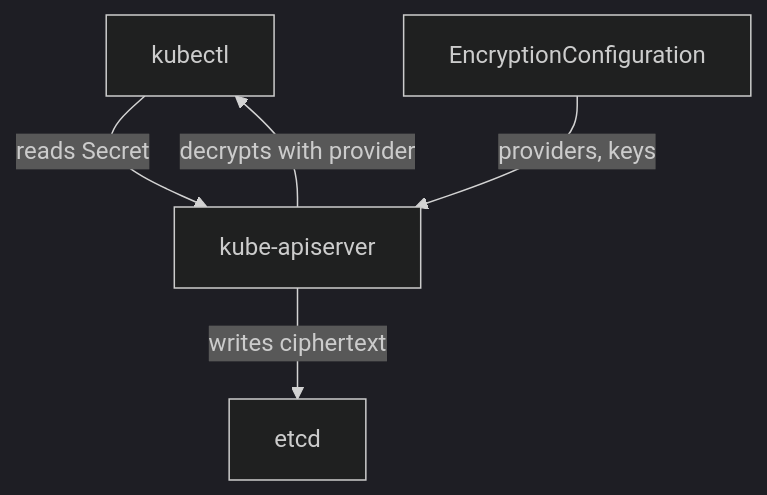
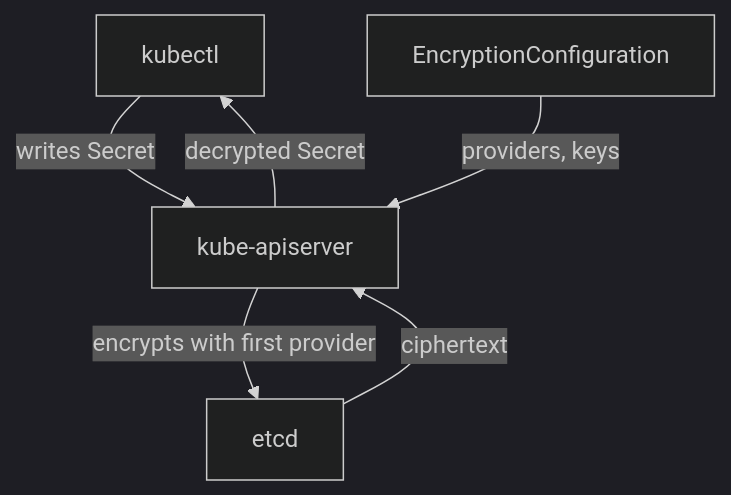
The diagram in sections/section-020/module-01/course-04-encryption-at-rest.md (astrona-io/ATS034), drawn with Mermaid (dark theme) before and after one commit. The commit also changed other lines of this file and 1006 other files, not shown here.

````diff
--- a/sections/section-020/module-01/course-04-encryption-at-rest.md
+++ b/sections/section-020/module-01/course-04-encryption-at-rest.md
@@ -75,7 +168,8 @@
 ```mermaid
 flowchart TB
-  K["kubectl"] -->|"reads Secret"| A["kube-apiserver"]
-  A -->|"decrypts with provider"| K
-  A -->|"writes ciphertext"| E["etcd"]
+  K["kubectl"] -->|"writes Secret"| A["kube-apiserver"]
   C["EncryptionConfiguration"] -->|"providers, keys"| A
+  A -->|"encrypts with first provider"| E["etcd"]
+  E -->|"ciphertext"| A
+  A -->|"decrypted Secret"| K
 ```
````
